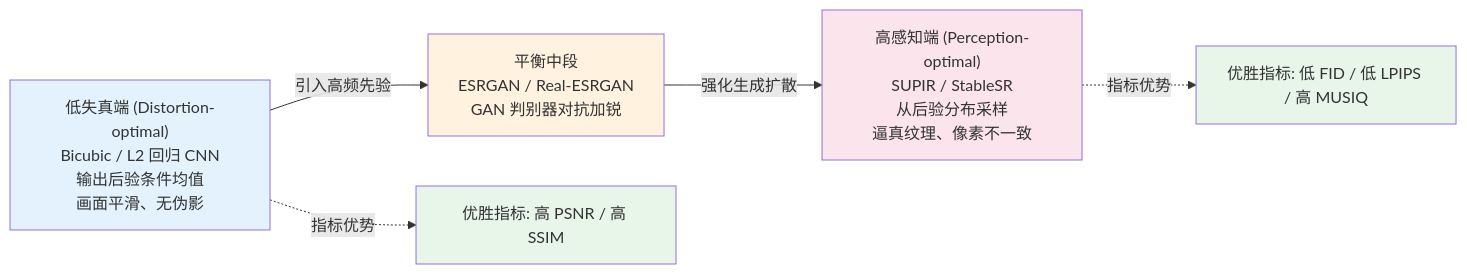
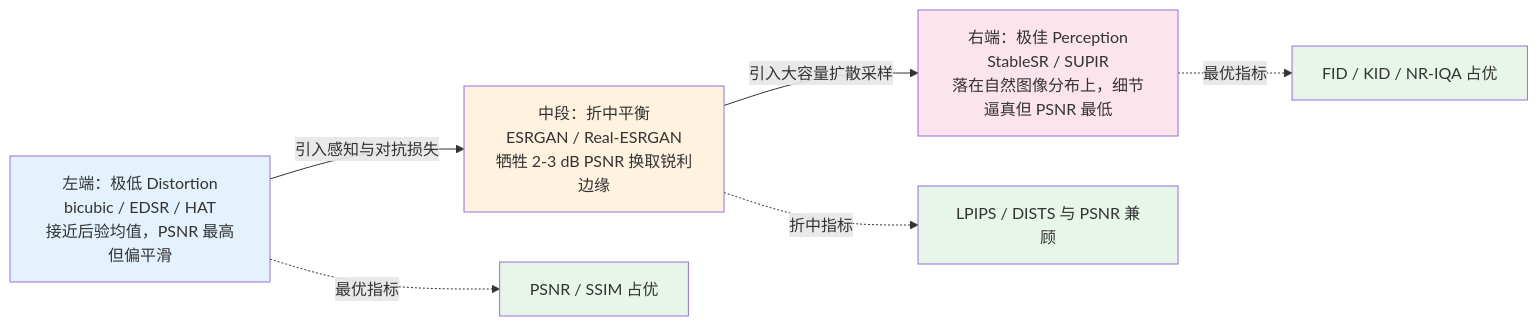
One commit to yingwang/image-enhancement-guide changed the third of 3 diagrams in chapters/04-metrics.md. Above: the diagram before and after it, drawn with Mermaid. The commit also changed other lines of this file and 18 other files, not shown here.

````diff
--- a/chapters/04-metrics.md
+++ b/chapters/04-metrics.md
@@ -322,14 +377,16 @@
 ```mermaid
 graph LR
-    A["低失真端 (Distortion-optimal)<br/>Bicubic / L2 回归 CNN<br/>输出后验条件均值<br/>画面平滑、无伪影"] -->|引入高频先验| B["平衡中段<br/>ESRGAN / Real-ESRGAN<br/>GAN 判别器对抗加锐"]
-    B -->|强化生成扩散| C["高感知端 (Perception-optimal)<br/>SUPIR / StableSR<br/>从后验分布采样<br/>逼真纹理、像素不一致"]
+    A[左端：极低 Distortion<br/>bicubic / EDSR / HAT<br/>接近后验均值，PSNR 最高但偏平滑] -->|引入感知与对抗损失| B[中段：折中平衡<br/>ESRGAN / Real-ESRGAN<br/>牺牲 2-3 dB PSNR 换取锐利边缘]
+    B -->|引入大容量扩散采样| C[右端：极佳 Perception<br/>StableSR / SUPIR<br/>落在自然图像分布上，细节逼真但 PSNR 最低]
 
-    A -.指标优势.-> Score1["优胜指标: 高 PSNR / 高 SSIM"]
-    C -.指标优势.-> Score2["优胜指标: 低 FID / 低 LPIPS / 高 MUSIQ"]
+    A -.最优指标.-> Score1[PSNR / SSIM 占优]
+    B -.折中指标.-> ScoreMid[LPIPS / DISTS 与 PSNR 兼顾]
+    C -.最优指标.-> Score2[FID / KID / NR-IQA 占优]
 
     style A fill:#e3f2fd
     style B fill:#fff3e0
     style C fill:#fce4ec
     style Score1 fill:#e8f5e9
+    style ScoreMid fill:#e8f5e9
     style Score2 fill:#e8f5e9
 ```
````
